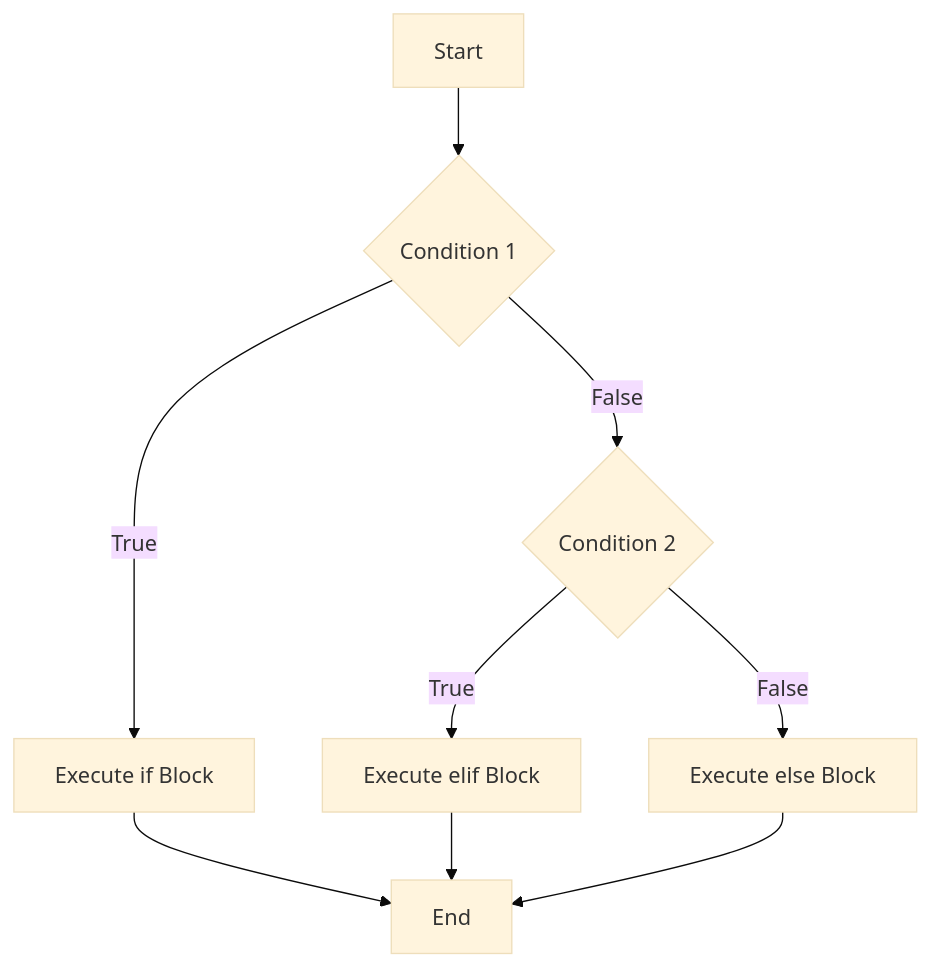
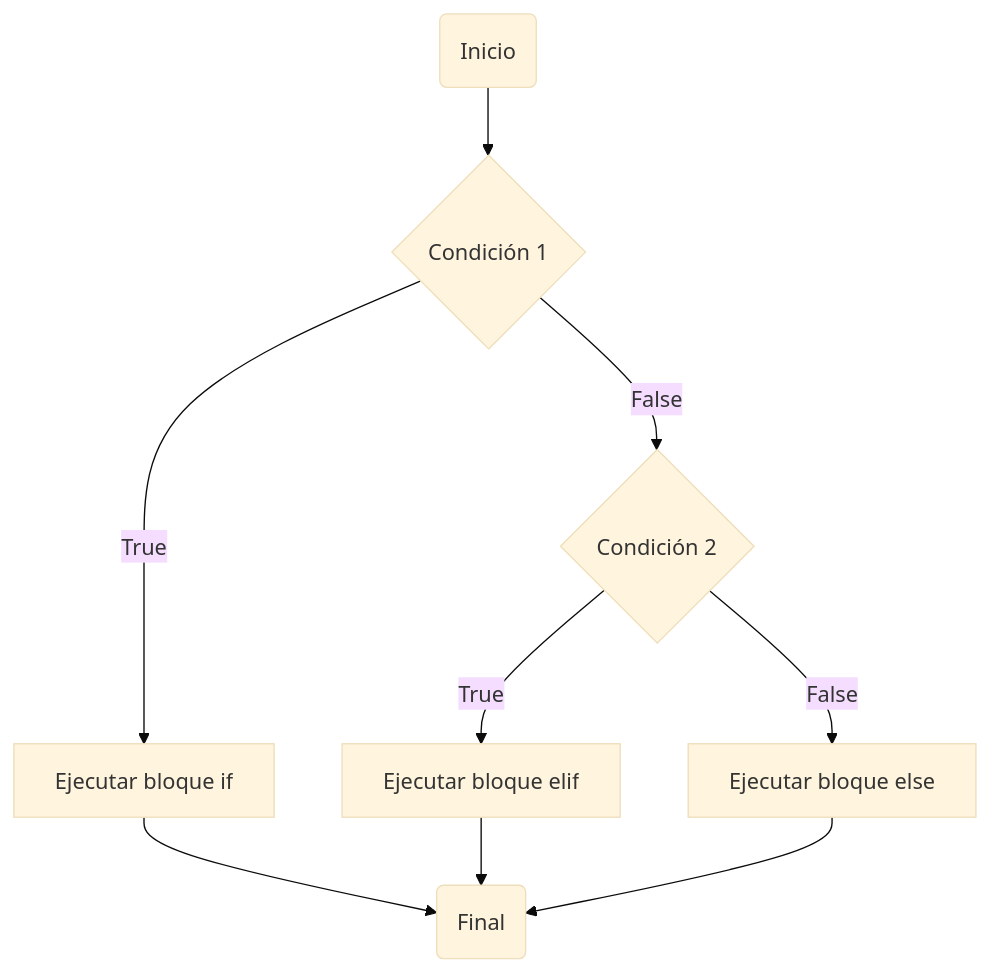
One commit to BiomedicLJZ/Bioinformatics2024 changed the fourth of 6 diagrams in Writerside/topics/Programacion.md. Above: the diagram before and after it, drawn with Mermaid (base theme). The commit also changed other lines of this file, not shown here.

````diff
--- a/Writerside/topics/Programacion.md
+++ b/Writerside/topics/Programacion.md
@@ -417,11 +457,11 @@
 ```mermaid
 graph TD
-    A[Start] --> B{Condition 1}
-    B -->|True| C[Execute if Block]
-    B -->|False| D{Condition 2}
-    D -->|True| E[Execute elif Block]
-    D -->|False| F[Execute else Block]
-    C --> G[End]
+    A(Inicio) --> B{Condición 1}
+    B -->|True| C[Ejecutar bloque if]
+    B -->|False| D{Condición 2}
+    D -->|True| E[Ejecutar bloque elif]
+    D -->|False| F[Ejecutar bloque else]
+    C --> G(Final)
     E --> G
     F --> G
 ```
````
